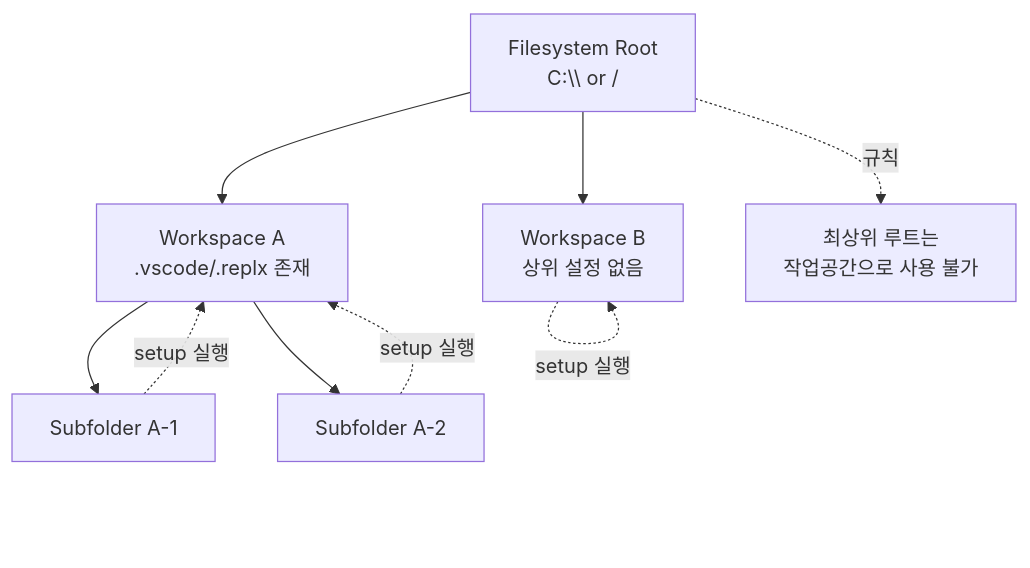
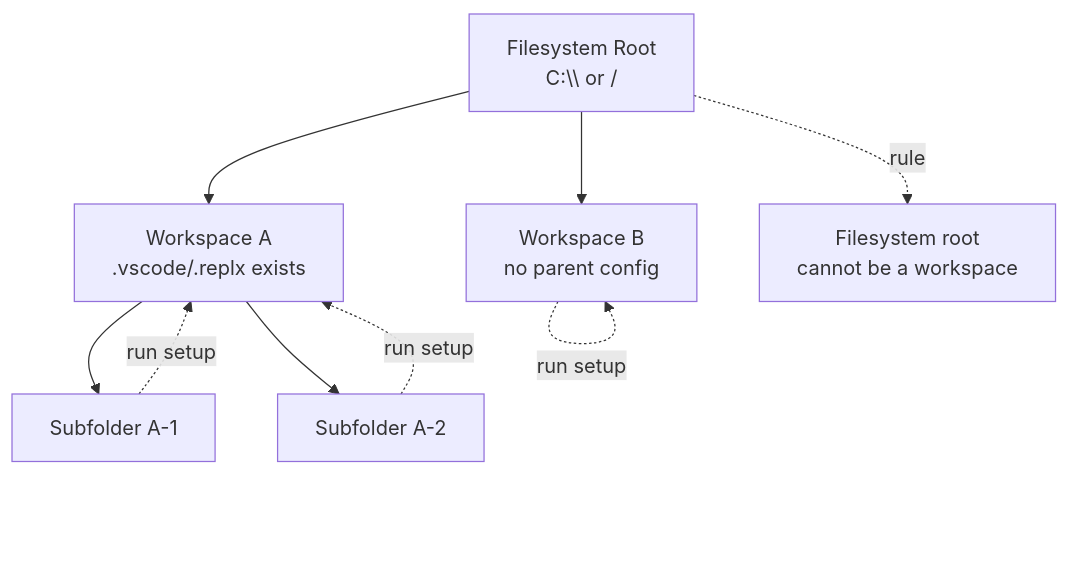
The third of 4 diagrams in README.md (PlanXLab/replx), drawn with Mermaid before and after one commit. The commit also changed other lines of this file and 13 other files, not shown here.

````diff
--- a/README.md
+++ b/README.md
@@ -61,19 +61,19 @@
 ```mermaid
 flowchart TB
   ROOT[Filesystem Root<br/>C:\\ or /]
-  WSA[Workspace A<br/>.vscode/.replx 존재]
-  WSB[Workspace B<br/>상위 설정 없음]
+  WSA[Workspace A<br/>.vscode/.replx exists]
+  WSB[Workspace B<br/>no parent config]
   SUB1[Subfolder A-1]
   SUB2[Subfolder A-2]
-  NOTE_ROOT[최상위 루트는<br/>작업공간으로 사용 불가]
+  NOTE_ROOT[Filesystem root<br/>cannot be a workspace]
 
   ROOT --> WSA
   ROOT --> WSB
   WSA --> SUB1
   WSA --> SUB2
 
-  SUB1 -. setup 실행 .-> WSA
-  SUB2 -. setup 실행 .-> WSA
-  WSB -. setup 실행 .-> WSB
-  ROOT -. 규칙 .-> NOTE_ROOT
+  SUB1 -. run setup .-> WSA
+  SUB2 -. run setup .-> WSA
+  WSB -. run setup .-> WSB
+  ROOT -. rule .-> NOTE_ROOT
 ```
````
